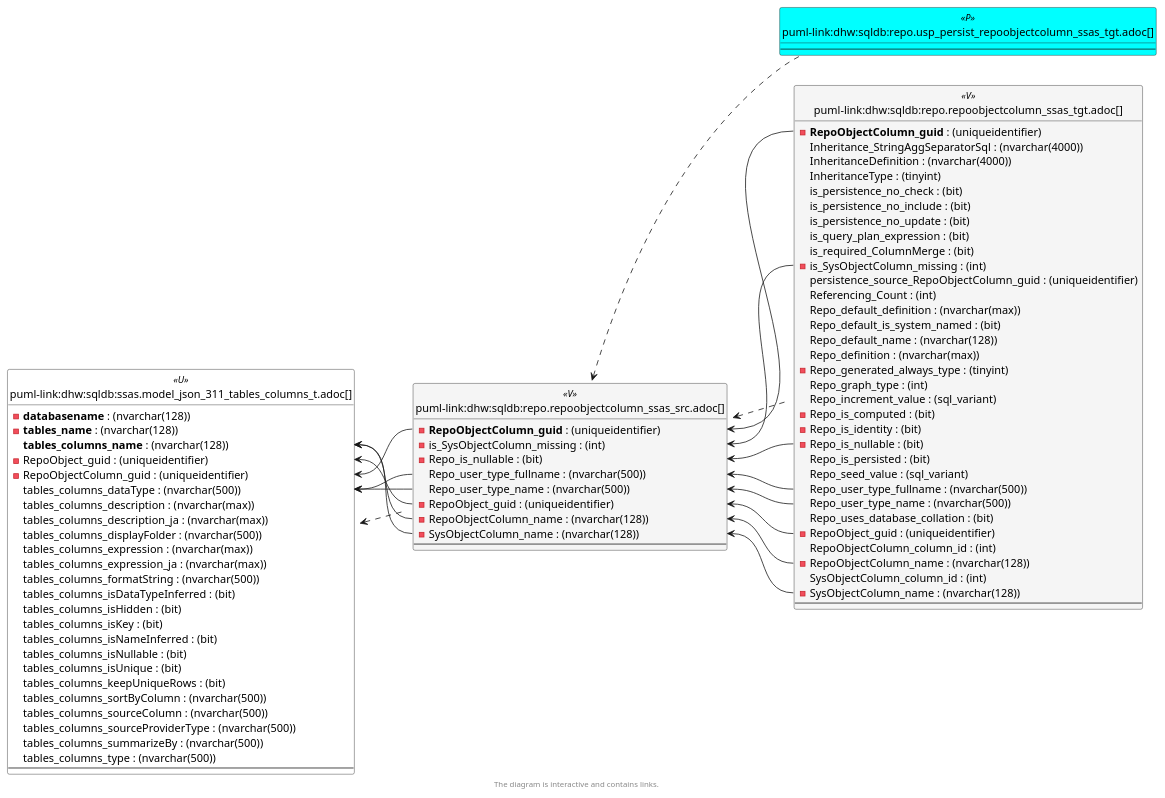
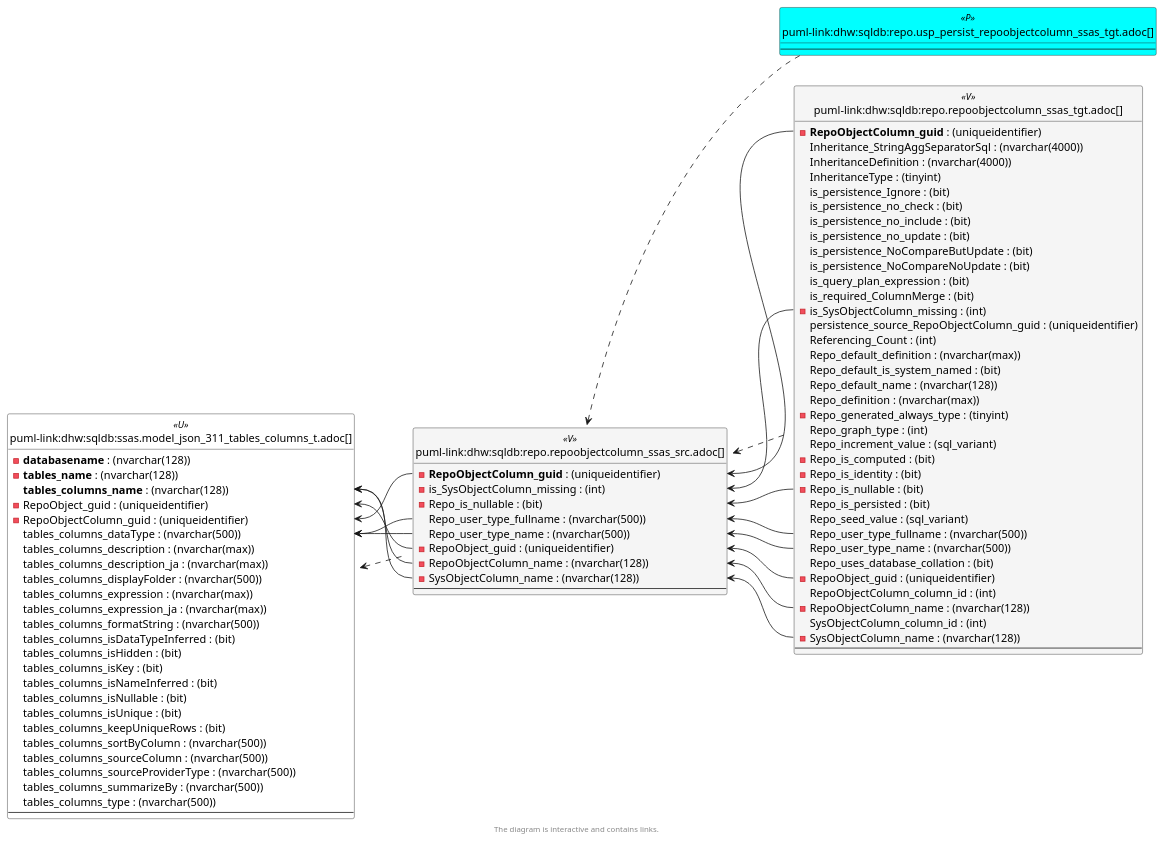
One commit to DataHandwerk/dhw-antora-sqldb changed the sixth of 6 diagrams in docs/modules/sqldb/partials/content/repo.repoobjectcolumn_ssas_src.adoc. Above: the diagram before and after it, drawn with PlantUML. The commit also changed other lines of this file and 751 other files, not shown here.

```diff
--- a/docs/modules/sqldb/partials/content/repo.repoobjectcolumn_ssas_src.adoc
+++ b/docs/modules/sqldb/partials/content/repo.repoobjectcolumn_ssas_src.adoc
@@ -2597,9 +2629,12 @@
   Inheritance_StringAggSeparatorSql : (nvarchar(4000))
   InheritanceDefinition : (nvarchar(4000))
   InheritanceType : (tinyint)
+  is_persistence_Ignore : (bit)
   is_persistence_no_check : (bit)
   is_persistence_no_include : (bit)
   is_persistence_no_update : (bit)
+  is_persistence_NoCompareButUpdate : (bit)
+  is_persistence_NoCompareNoUpdate : (bit)
   is_query_plan_expression : (bit)
   is_required_ColumnMerge : (bit)
   - is_SysObjectColumn_missing : (int)
@@ -2673,8 +2708,8 @@
 "repo.RepoObjectColumn_SSAS_src::SysObjectColumn_name" <-- "repo.RepoObjectColumn_SSAS_tgt::SysObjectColumn_name"
 "ssas.model_json_311_tables_columns_T::RepoObject_guid" <-- "repo.RepoObjectColumn_SSAS_src::RepoObject_guid"
 "ssas.model_json_311_tables_columns_T::RepoObjectColumn_guid" <-- "repo.RepoObjectColumn_SSAS_src::RepoObjectColumn_guid"
+"ssas.model_json_311_tables_columns_T::tables_columns_dataType" <-- "repo.RepoObjectColumn_SSAS_src::Repo_user_type_fullname"
 "ssas.model_json_311_tables_columns_T::tables_columns_dataType" <-- "repo.RepoObjectColumn_SSAS_src::Repo_user_type_name"
-"ssas.model_json_311_tables_columns_T::tables_columns_dataType" <-- "repo.RepoObjectColumn_SSAS_src::Repo_user_type_fullname"
 "ssas.model_json_311_tables_columns_T::tables_columns_name" <-- "repo.RepoObjectColumn_SSAS_src::SysObjectColumn_name"
 "ssas.model_json_311_tables_columns_T::tables_columns_name" <-- "repo.RepoObjectColumn_SSAS_src::RepoObjectColumn_name"
 
```
